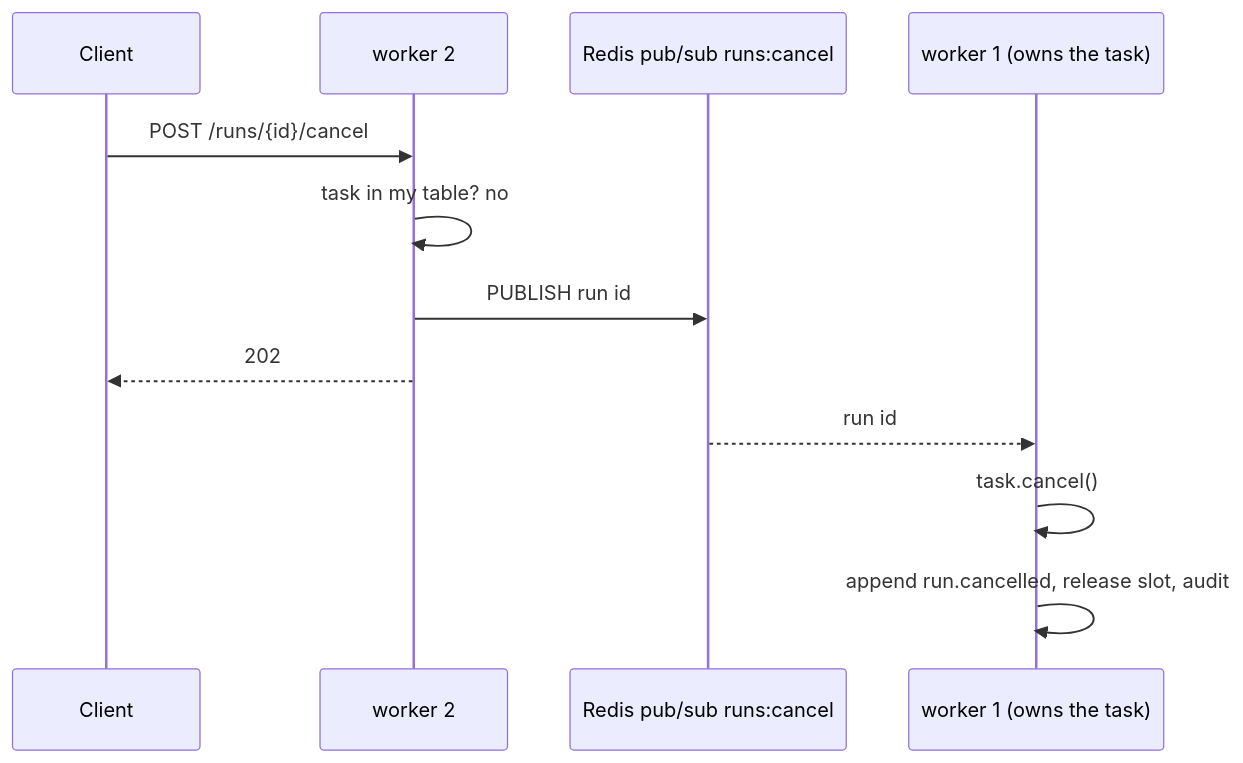
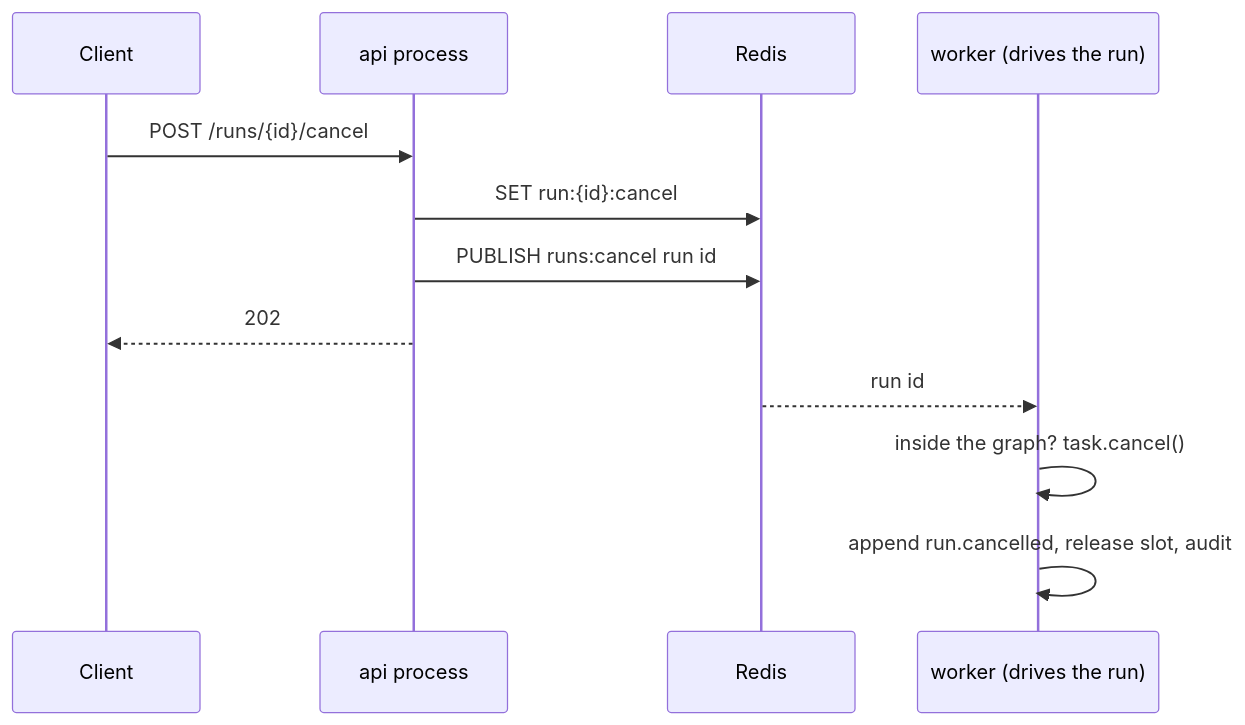
One commit to brentdunham/waypoint changed the fifth of 6 diagrams in docs/guide/02-runs.md. Above: the diagram before and after it, drawn with Mermaid. The commit also changed other lines of this file and 29 other files, not shown here.

First line of the commit message:
Queue runs and drive them in a worker service (queue.md phase 1)

````diff
--- a/docs/guide/02-runs.md
+++ b/docs/guide/02-runs.md
@@ -161,15 +167,15 @@
 ```mermaid
 sequenceDiagram
     participant C as Client
-    participant W2 as worker 2
-    participant P as Redis pub/sub runs:cancel
-    participant W1 as worker 1 (owns the task)
+    participant A as api process
+    participant R as Redis
+    participant W as worker (drives the run)
 
-    C->>W2: POST /runs/{id}/cancel
-    W2->>W2: task in my table? no
-    W2->>P: PUBLISH run id
-    W2-->>C: 202
-    P-->>W1: run id
-    W1->>W1: task.cancel()
-    W1->>W1: append run.cancelled, release slot, audit
+    C->>A: POST /runs/{id}/cancel
+    A->>R: SET run:{id}:cancel
+    A->>R: PUBLISH runs:cancel run id
+    A-->>C: 202
+    R-->>W: run id
+    W->>W: inside the graph? task.cancel()
+    W->>W: append run.cancelled, release slot, audit
 ```
````
